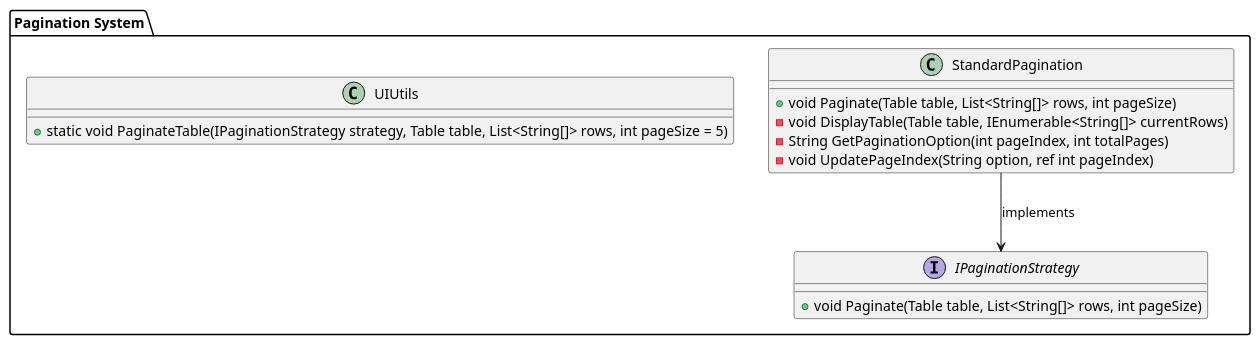
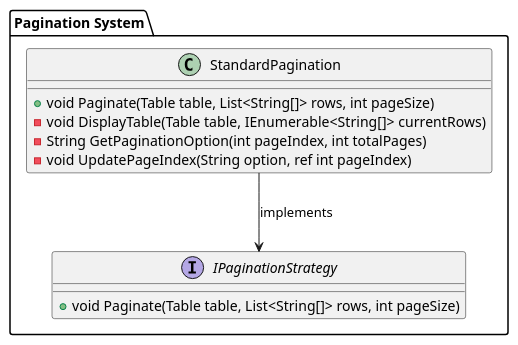
The diagram in src/UML/Pagination.puml (programacion-6/Opcion1LosCules), drawn with PlantUML before and after one commit. The commit also changed 2 other files, not shown here.

Commit message:
chore: update UML with last modifications in Menu operations

```diff
--- a/src/UML/Pagination.puml
+++ b/src/UML/Pagination.puml
@@ -1,21 +1,17 @@
 @startuml Pagination System
 package "Pagination System" {
     interface IPaginationStrategy {
         +void Paginate(Table table, List<String[]> rows, int pageSize)
     }
 
     class StandardPagination {
         +void Paginate(Table table, List<String[]> rows, int pageSize)
         -void DisplayTable(Table table, IEnumerable<String[]> currentRows)
         -String GetPaginationOption(int pageIndex, int totalPages)
         -void UpdatePageIndex(String option, ref int pageIndex)
     }
 
-    class UIUtils {
-        +static void PaginateTable(IPaginationStrategy strategy, Table table, List<String[]> rows, int pageSize = 5)
-    }
-
     StandardPagination --> IPaginationStrategy : implements
 }
 
 @enduml
```
